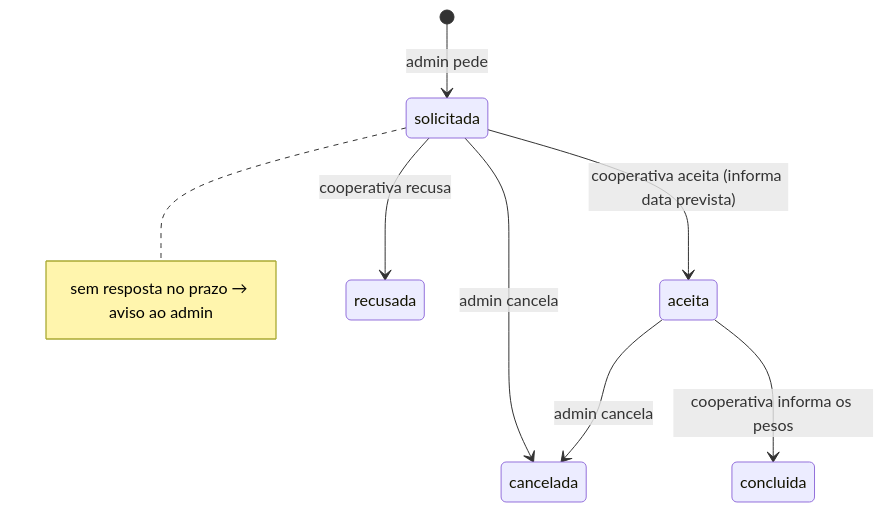
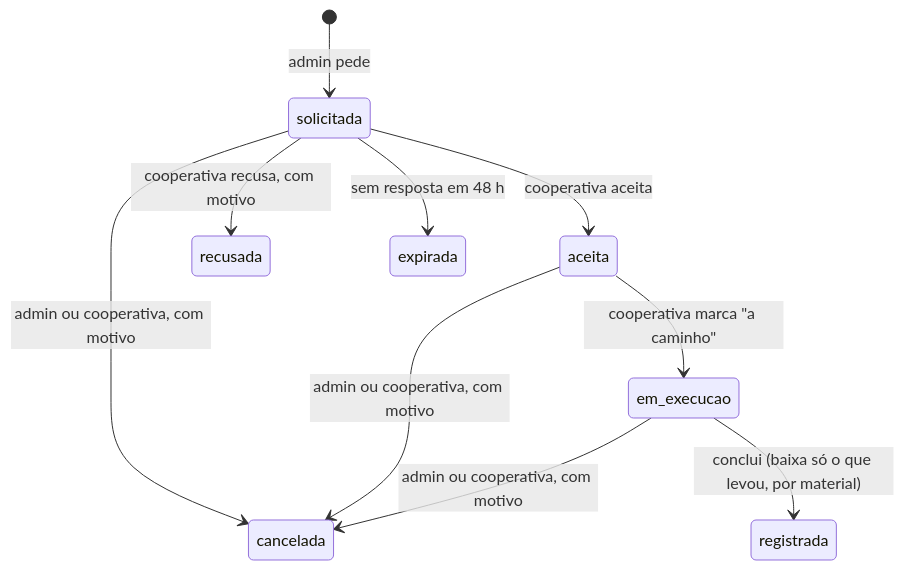
Before and after one commit to Residuum-Organization/residuum-documentacao: the second of 2 diagrams in docs/pesquisa/capacidade-e-execucao-da-coleta.md, drawn with Mermaid. The commit also changed other lines of this file and 15 other files, not shown here.

````diff
--- a/docs/pesquisa/capacidade-e-execucao-da-coleta.md
+++ b/docs/pesquisa/capacidade-e-execucao-da-coleta.md
@@ -89,10 +77,12 @@
 ```mermaid
 stateDiagram-v2
   [*] --> solicitada: admin pede
-  solicitada --> aceita: cooperativa aceita (informa data prevista)
-  solicitada --> recusada: cooperativa recusa
-  solicitada --> cancelada: admin cancela
-  aceita --> cancelada: admin cancela
-  aceita --> concluida: cooperativa informa os pesos
-  note right of solicitada: sem resposta no prazo → aviso ao admin
+  solicitada --> aceita: cooperativa aceita
+  solicitada --> recusada: cooperativa recusa, com motivo
+  solicitada --> expirada: sem resposta em 48 h
+  solicitada --> cancelada: admin ou cooperativa, com motivo
+  aceita --> em_execucao: cooperativa marca "a caminho"
+  aceita --> cancelada: admin ou cooperativa, com motivo
+  em_execucao --> cancelada: admin ou cooperativa, com motivo
+  em_execucao --> registrada: conclui (baixa só o que levou, por material)
 ```
````
